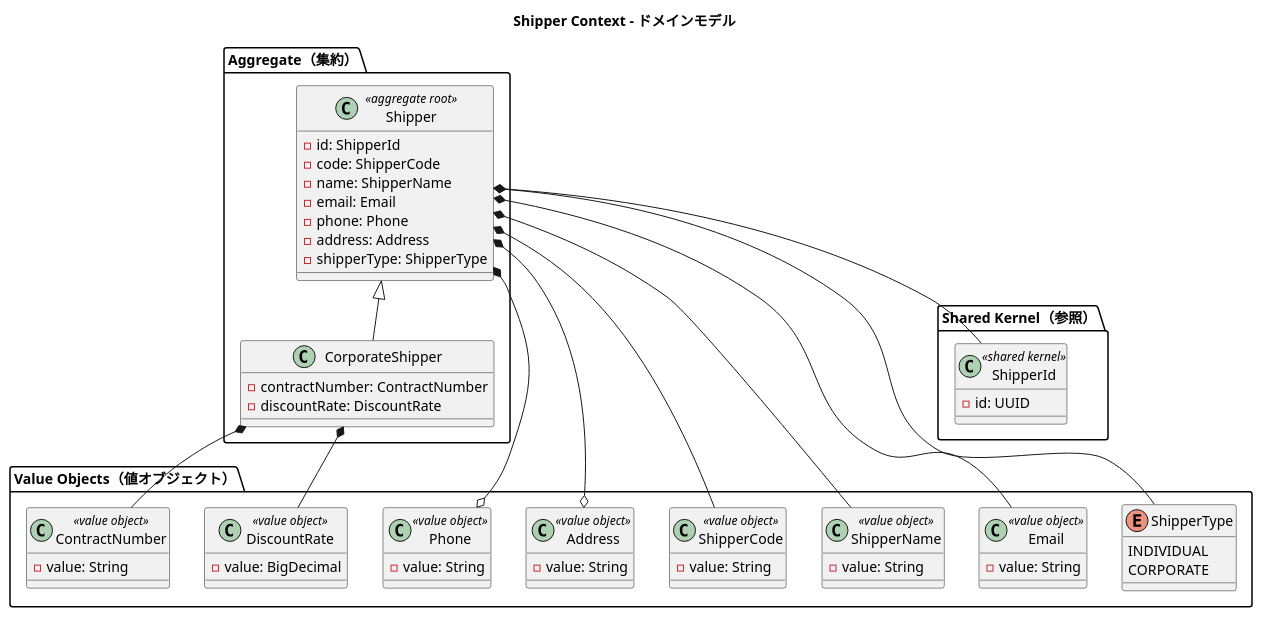
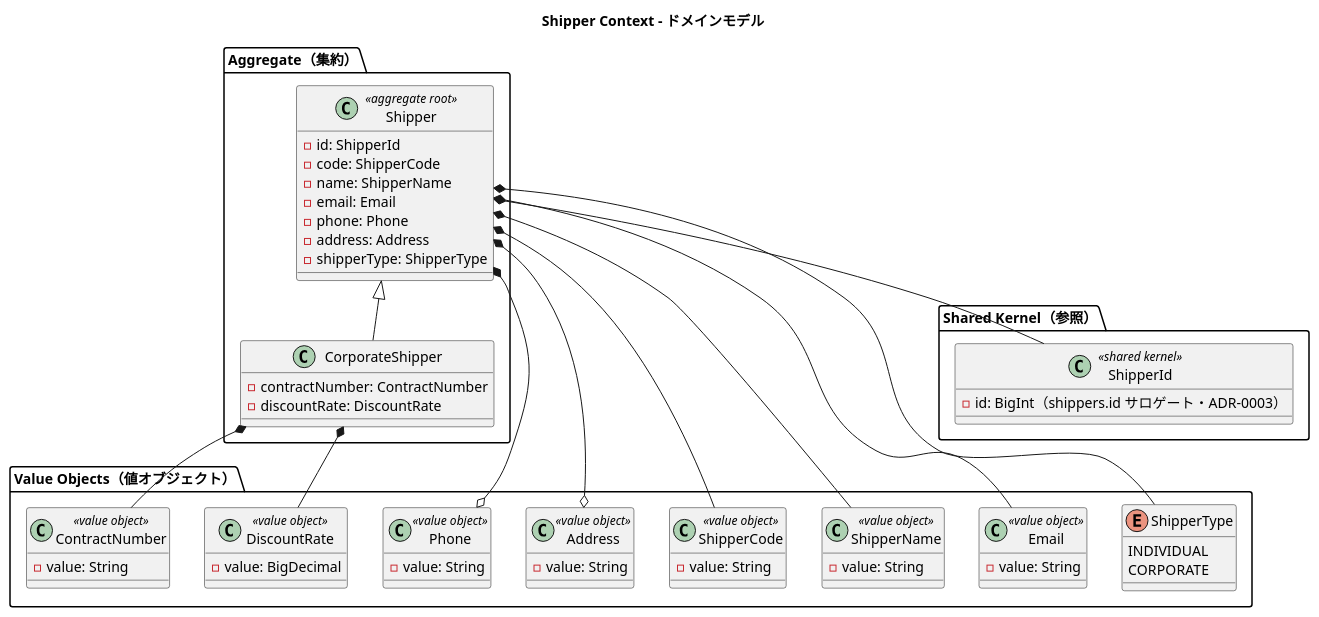
One commit to k2works/case-study-cargo-tracker changed the fourth of 12 diagrams in docs/design/domain-model.md. Above: the diagram before and after it, drawn with PlantUML. The commit also changed other lines of this file and 1 other file, not shown here.

First line of the commit message:
docs(adr): ADR-0003 BC越境識別子とACL実装方式・Packwerk privacy

````diff
--- a/docs/design/domain-model.md
+++ b/docs/design/domain-model.md
@@ -620,67 +618,67 @@
 ```plantuml
 @startuml
 title Shipper Context - ドメインモデル
 
 package "Aggregate（集約）" {
   class Shipper <<aggregate root>> {
     -id: ShipperId
     -code: ShipperCode
     -name: ShipperName
     -email: Email
     -phone: Phone
     -address: Address
     -shipperType: ShipperType
   }
 
   class CorporateShipper extends Shipper {
     -contractNumber: ContractNumber
     -discountRate: DiscountRate
   }
 }
 
 package "Value Objects（値オブジェクト）" {
   class ShipperCode <<value object>> {
     -value: String
   }
   class ShipperName <<value object>> {
     -value: String
   }
   class Email <<value object>> {
     -value: String
   }
   class Phone <<value object>> {
     -value: String
   }
   class Address <<value object>> {
     -value: String
   }
   class ContractNumber <<value object>> {
     -value: String
   }
   class DiscountRate <<value object>> {
     -value: BigDecimal
   }
   enum ShipperType {
     INDIVIDUAL
     CORPORATE
   }
 }
 
 package "Shared Kernel（参照）" {
   class ShipperId <<shared kernel>> {
-    -id: UUID
+    -id: BigInt（shippers.id サロゲート・ADR-0003）
   }
 }
 
 Shipper *-- ShipperId
 Shipper *-- ShipperCode
 Shipper *-- ShipperName
 Shipper *-- Email
 Shipper *-o Phone
 Shipper *-o Address
 Shipper *-- ShipperType
 CorporateShipper *-- ContractNumber
 CorporateShipper *-- DiscountRate
 
 @enduml
 ```
````
